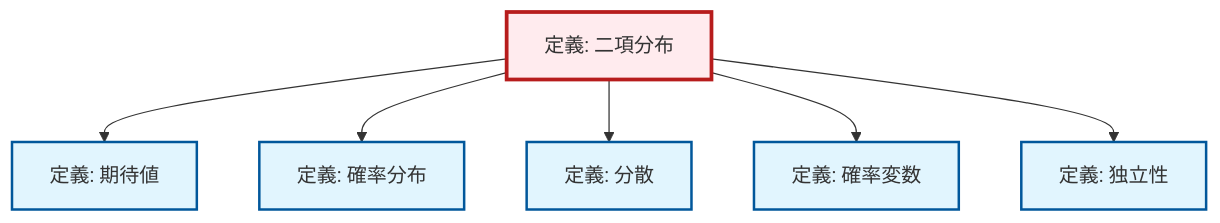
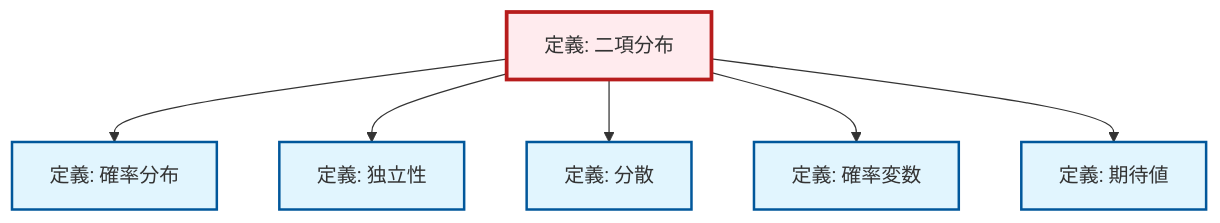
The diagram in content/ja/probability-statistics/def-binomial-distribution.qmd (RK0429/ModernMath), drawn with Mermaid before and after one commit. The commit also changed other lines of this file and 1012 other files, not shown here.

````diff
--- a/content/ja/probability-statistics/def-binomial-distribution.qmd
+++ b/content/ja/probability-statistics/def-binomial-distribution.qmd
@@ -127,26 +127,26 @@
 ```{mermaid}
 %%| fig-cap: "Local dependency graph"
 graph TD
     classDef definition fill:#e1f5fe,stroke:#01579b,stroke-width:2px
     classDef theorem fill:#f3e5f5,stroke:#4a148c,stroke-width:2px
     classDef axiom fill:#fff3e0,stroke:#e65100,stroke-width:2px
     classDef example fill:#e8f5e9,stroke:#1b5e20,stroke-width:2px
     classDef current fill:#ffebee,stroke:#b71c1c,stroke-width:3px
+    def-probability-distribution["定義: 確率分布"]:::definition
     def-expectation["定義: 期待値"]:::definition
+    def-random-variable["定義: 確率変数"]:::definition
     def-binomial-distribution["定義: 二項分布"]:::definition
-    def-random-variable["定義: 確率変数"]:::definition
+    def-independence["定義: 独立性"]:::definition
     def-variance["定義: 分散"]:::definition
-    def-independence["定義: 独立性"]:::definition
-    def-probability-distribution["定義: 確率分布"]:::definition
-    def-binomial-distribution --> def-expectation
     def-binomial-distribution --> def-probability-distribution
+    def-binomial-distribution --> def-independence
     def-binomial-distribution --> def-variance
     def-binomial-distribution --> def-random-variable
-    def-binomial-distribution --> def-independence
+    def-binomial-distribution --> def-expectation
     class def-binomial-distribution current
+    click def-probability-distribution "def-probability-distribution.html" "確率分布の定義へ"
     click def-expectation "def-expectation.html" "期待値の定義へ"
     click def-random-variable "def-random-variable.html" "確率変数の定義へ"
+    click def-independence "def-independence.html" "独立性の定義へ"
     click def-variance "def-variance.html" "分散の定義へ"
-    click def-independence "def-independence.html" "独立性の定義へ"
-    click def-probability-distribution "def-probability-distribution.html" "確率分布の定義へ"
 ```
````
